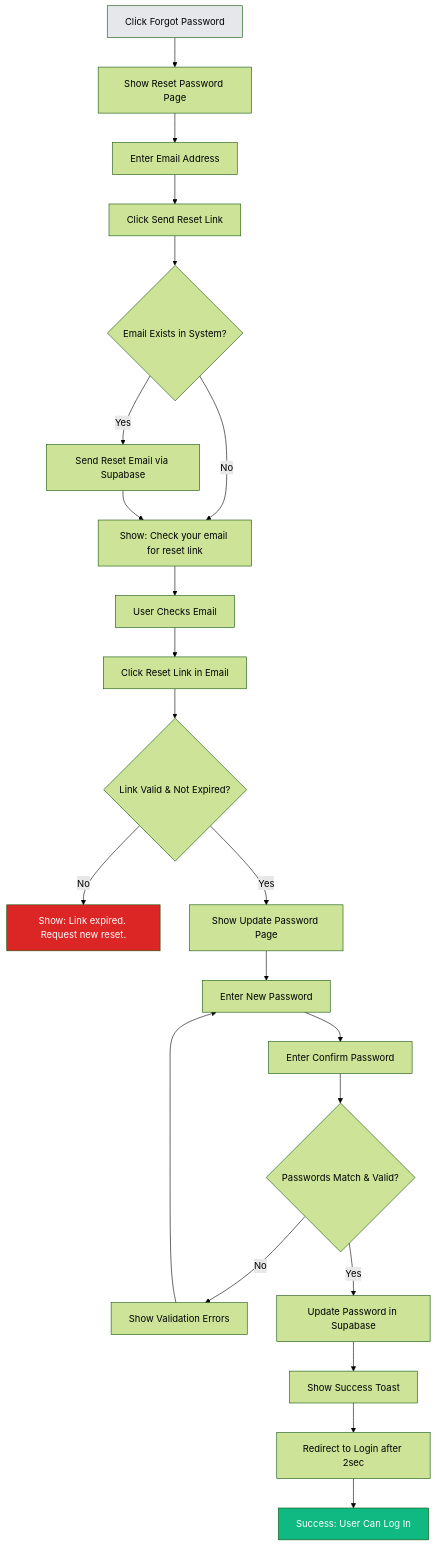
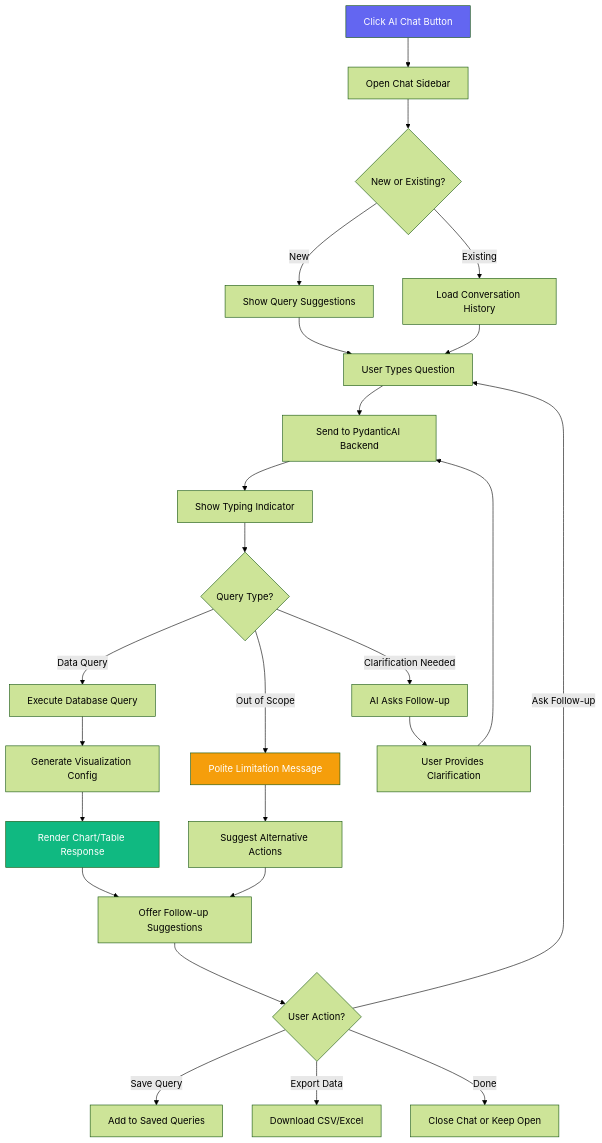
One commit to CoralShades/XeroPulse-V2 changed the fourth of 5 diagrams in docs/front-end-spec.md. Above: the diagram before and after it, drawn with Mermaid (forest theme). The commit also changed other lines of this file and 73 other files, not shown here.

````diff
--- a/docs/front-end-spec.md
+++ b/docs/front-end-spec.md
@@ -279,28 +237,40 @@
 ```mermaid
 graph TD
-    A[Click Forgot Password] --> B[Show Reset Password Page]
-    B --> C[Enter Email Address]
-    C --> D[Click Send Reset Link]
-    D --> E{Email Exists in System?}
-    E -->|No| F[Show Success Message Anyway - Security]
-    E -->|Yes| G[Send Reset Email via Supabase]
-    G --> F[Show: Check your email for reset link]
-    F --> H[User Checks Email]
-    H --> I[Click Reset Link in Email]
-    I --> J{Link Valid & Not Expired?}
-    J -->|No| K[Show: Link expired. Request new reset.]
-    J -->|Yes| L[Show Update Password Page]
-    L --> M[Enter New Password]
-    M --> N[Enter Confirm Password]
-    N --> O{Passwords Match & Valid?}
-    O -->|No| P[Show Validation Errors]
-    P --> M
-    O -->|Yes| Q[Update Password in Supabase]
-    Q --> R[Show Success Toast]
-    R --> S[Redirect to Login after 2sec]
-    S --> T[Success: User Can Log In]
+    A[Click AI Chat Button] --> B[Open Chat Sidebar]
+    B --> C{New or Existing?}
 
-    style A fill:#E5E7EB
-    style T fill:#10B981,color:#fff
-    style K fill:#DC2626,color:#fff
+    C -->|New| D[Show Query Suggestions]
+    C -->|Existing| E[Load Conversation History]
+
+    D --> F[User Types Question]
+    E --> F
+
+    F --> G[Send to PydanticAI Backend]
+    G --> H[Show Typing Indicator]
+
+    H --> I{Query Type?}
+    I -->|Data Query| J[Execute Database Query]
+    I -->|Clarification Needed| K[AI Asks Follow-up]
+    I -->|Out of Scope| L[Polite Limitation Message]
+
+    J --> M[Generate Visualization Config]
+    M --> N[Render Chart/Table Response]
+
+    K --> O[User Provides Clarification]
+    O --> G
+
+    L --> P[Suggest Alternative Actions]
+
+    N --> Q[Offer Follow-up Suggestions]
+    P --> Q
+
+    Q --> R{User Action?}
+    R -->|Ask Follow-up| F
+    R -->|Save Query| S[Add to Saved Queries]
+    R -->|Export Data| T[Download CSV/Excel]
+    R -->|Done| U[Close Chat or Keep Open]
+
+    style A fill:#6366F1,color:#fff
+    style N fill:#10B981,color:#fff
+    style L fill:#F59E0B,color:#fff
 ```
````
